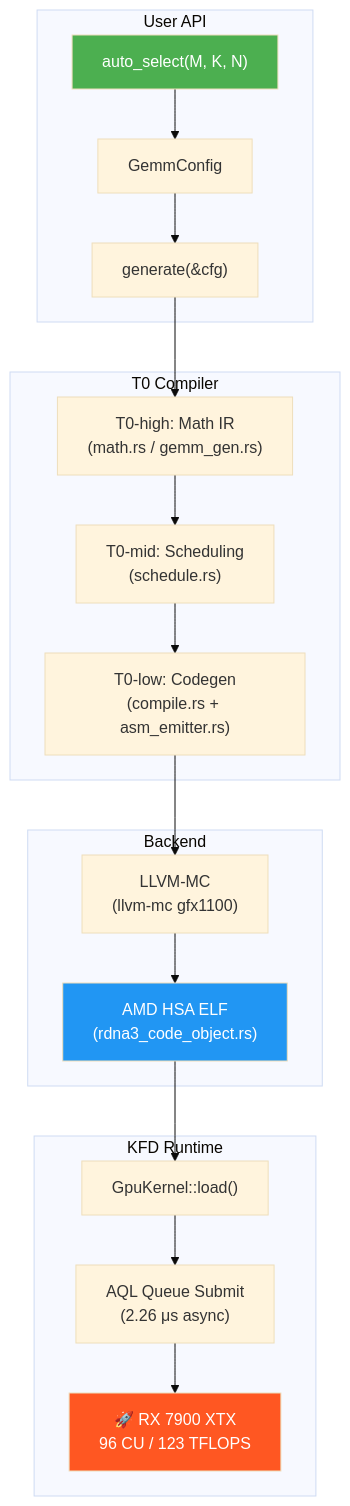
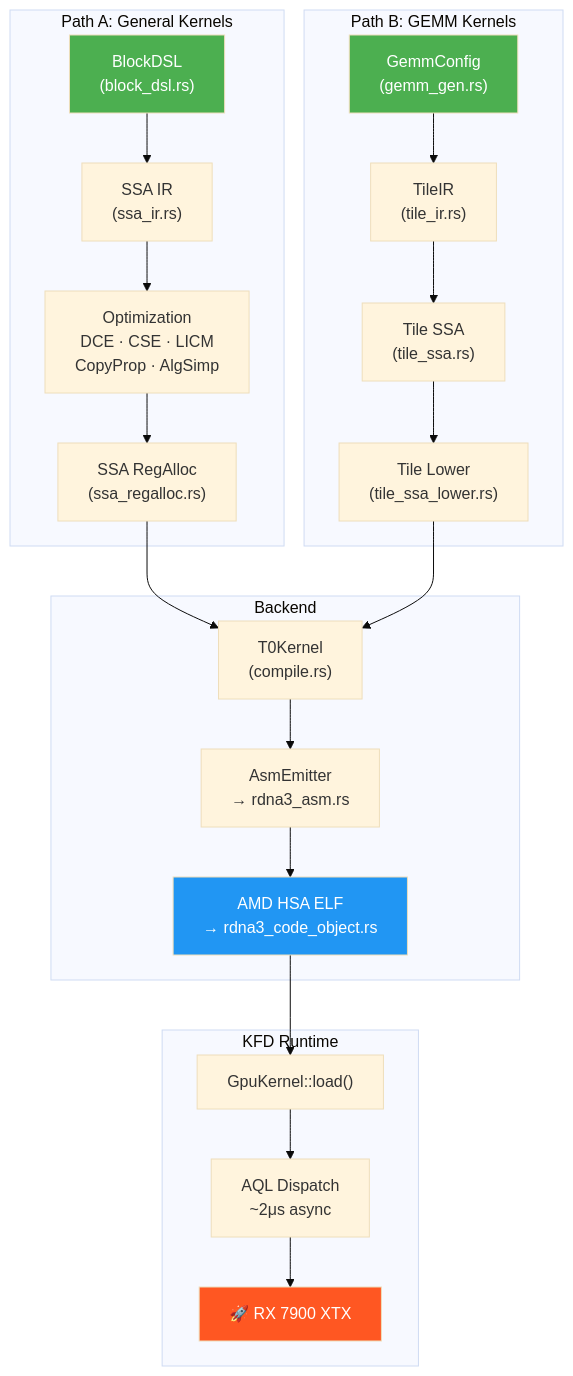
One commit to donghanbj/t0-gpu changed the diagram in README.md. Above: the diagram before and after it, drawn with Mermaid (base theme). The commit also changed other lines of this file, not shown here.

Commit message:
docs: update README — SSA pipeline, 79.2 TF baseline, full project structure

````diff
--- a/README.md
+++ b/README.md
@@ -171,28 +119,33 @@
 ```mermaid
 flowchart TD
-    subgraph "User API"
-        A["auto_select(M, K, N)"] --> B["GemmConfig"]
-        B --> C["generate(&cfg)"]
+    subgraph "Path A: General Kernels"
+        A1["BlockDSL<br>(block_dsl.rs)"] --> A2["SSA IR<br>(ssa_ir.rs)"]
+        A2 --> A3["Optimization<br>DCE · CSE · LICM<br>CopyProp · AlgSimp"]
+        A3 --> A4["SSA RegAlloc<br>(ssa_regalloc.rs)"]
     end
 
-    subgraph "T0 Compiler"
-        C --> D["T0-high: Math IR\n(math.rs / gemm_gen.rs)"]
-        D --> E["T0-mid: Scheduling\n(schedule.rs)"]
-        E --> F["T0-low: Codegen\n(compile.rs + asm_emitter.rs)"]
+    subgraph "Path B: GEMM Kernels"
+        B1["GemmConfig<br>(gemm_gen.rs)"] --> B2["TileIR<br>(tile_ir.rs)"]
+        B2 --> B3["Tile SSA<br>(tile_ssa.rs)"]
+        B3 --> B4["Tile Lower<br>(tile_ssa_lower.rs)"]
     end
 
+    A4 --> C["T0Kernel<br>(compile.rs)"]
+    B4 --> C
+
     subgraph "Backend"
-        F --> G["LLVM-MC\n(llvm-mc gfx1100)"]
-        G --> H["AMD HSA ELF\n(rdna3_code_object.rs)"]
+        C --> D["AsmEmitter<br>→ rdna3_asm.rs"]
+        D --> E["AMD HSA ELF<br>→ rdna3_code_object.rs"]
     end
 
     subgraph "KFD Runtime"
-        H --> I["GpuKernel::load()"]
-        I --> J["AQL Queue Submit\n(2.26 μs async)"]
-        J --> K["🚀 RX 7900 XTX\n96 CU / 123 TFLOPS"]
+        E --> F["GpuKernel::load()"]
+        F --> G["AQL Dispatch<br>~2μs async"]
+        G --> H["🚀 RX 7900 XTX"]
     end
 
-    style A fill:#4CAF50,color:#fff
-    style K fill:#FF5722,color:#fff
-    style H fill:#2196F3,color:#fff
+    style A1 fill:#4CAF50,color:#fff
+    style B1 fill:#4CAF50,color:#fff
+    style H fill:#FF5722,color:#fff
+    style E fill:#2196F3,color:#fff
 ```
````
